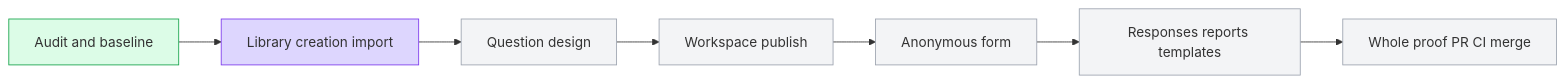
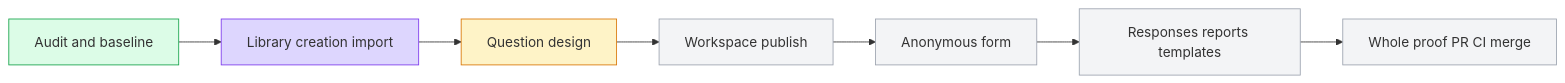
Before and after one commit to boardx/workspacex: the diagram in docs/design/i18n-survey-journey/plan.md, drawn with Mermaid. The commit also changed other lines of this file and 3 other files, not shown here.

````diff
--- a/docs/design/i18n-survey-journey/plan.md
+++ b/docs/design/i18n-survey-journey/plan.md
@@ -28,11 +28,12 @@
 ```mermaid
 flowchart LR
  A[Audit and baseline] --> B[Library creation import] --> C[Question design] --> D[Workspace publish] --> E[Anonymous form] --> F[Responses reports templates] --> G[Whole proof PR CI merge]
  classDef active fill:#fef3c7,stroke:#d97706
  classDef tested fill:#ddd6fe,stroke:#7c3aed
  classDef done fill:#dcfce7,stroke:#16a34a
  classDef pending fill:#f3f4f6,stroke:#9ca3af
  class A done
  class B tested
- class C,D,E,F,G pending
+ class C active
+ class D,E,F,G pending
 ```
````
